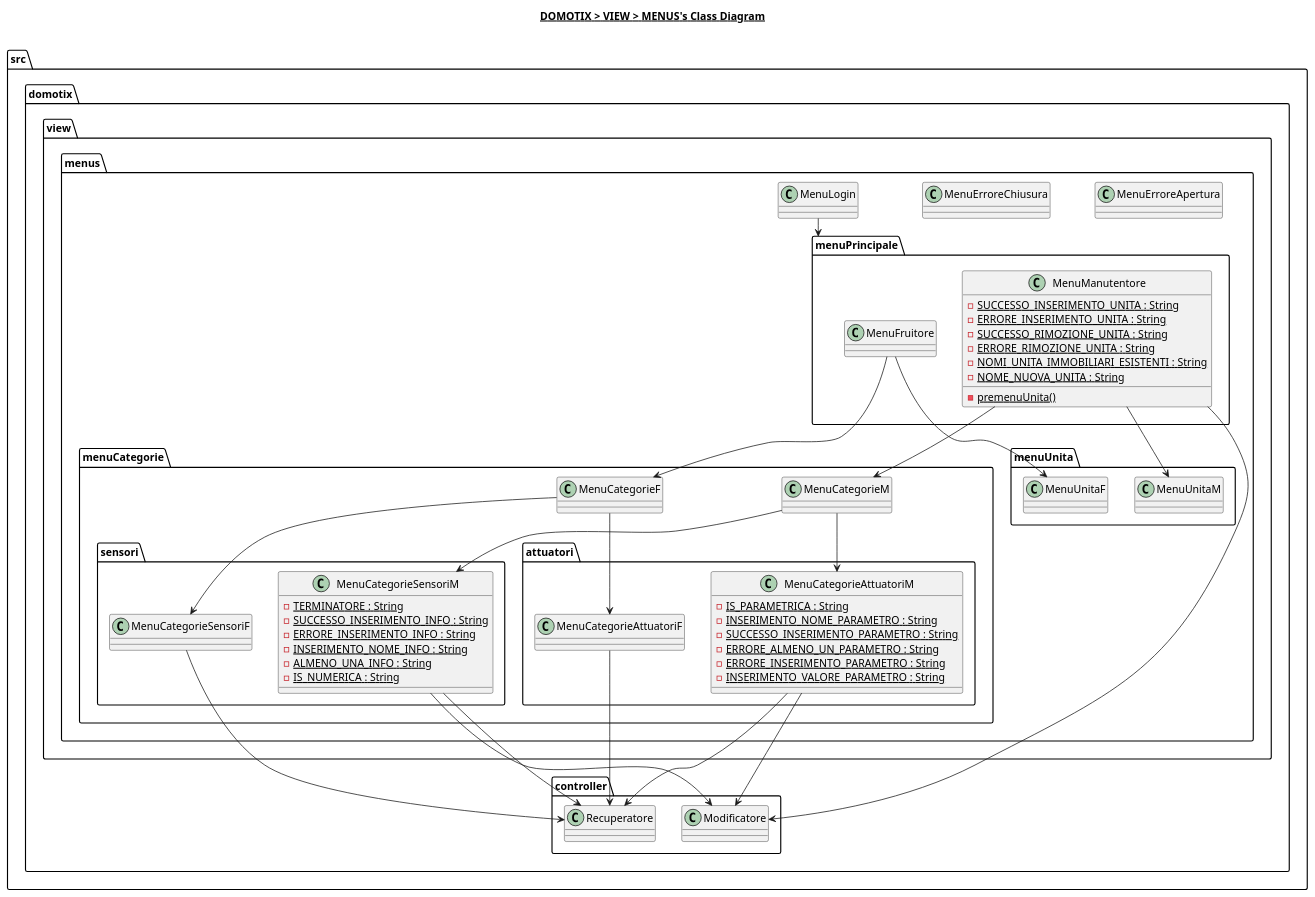
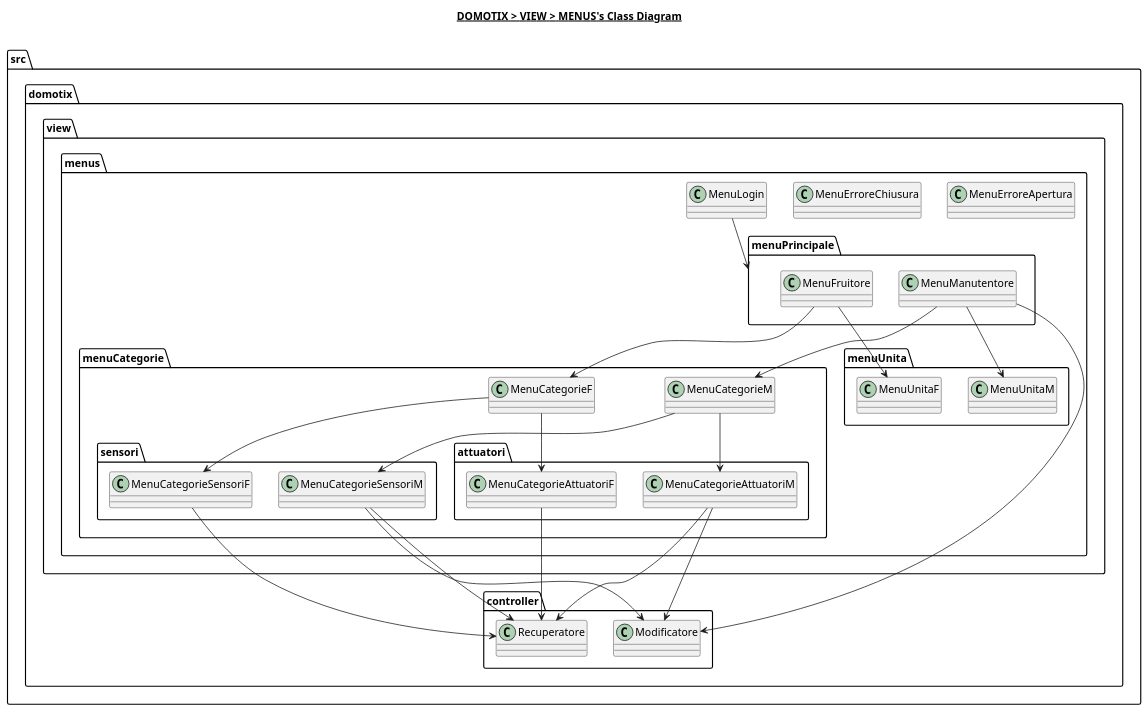
One commit to Edoar-do/Domotix changed the diagram in src/domotix/view/menus/menus.plantuml. Above: the diagram before and after it, drawn with PlantUML. The commit also changed 30 other files, not shown here.

```diff
--- a/src/domotix/view/menus/menus.plantuml
+++ b/src/domotix/view/menus/menus.plantuml
@@ -1,88 +1,69 @@
 @startuml
 
 title __DOMOTIX > VIEW > MENUS's Class Diagram__\n
 
 namespace src.domotix.view.menus {
     class src.domotix.view.menus.MenuErroreApertura {
     }
 
     class src.domotix.view.menus.MenuErroreChiusura {
     }
 
     class src.domotix.view.menus.MenuLogin {
     }
 
     namespace menuPrincipale {
         class src.domotix.view.menus.menuPrincipale.MenuFruitore {
         }
 
         class src.domotix.view.menus.menuPrincipale.MenuManutentore {
-            {static} - SUCCESSO_INSERIMENTO_UNITA : String
-            {static} - ERRORE_INSERIMENTO_UNITA : String
-            {static} - SUCCESSO_RIMOZIONE_UNITA : String
-            {static} - ERRORE_RIMOZIONE_UNITA : String
-            {static} - NOMI_UNITA_IMMOBILIARI_ESISTENTI : String
-            {static} - NOME_NUOVA_UNITA : String
-            {static} - premenuUnita()
         }
     }
 
     namespace menuCategorie {
         class src.domotix.view.menus.menuCategorie.MenuCategorieF {
         }
 
         class src.domotix.view.menus.menuCategorie.MenuCategorieM {
         }
 
         namespace sensori {
             class src.domotix.view.menus.menuCategorie.sensori.MenuCategorieSensoriF {
             }
 
             class src.domotix.view.menus.menuCategorie.sensori.MenuCategorieSensoriM {
-                {static} - TERMINATORE : String
-                {static} - SUCCESSO_INSERIMENTO_INFO : String
-                {static} - ERRORE_INSERIMENTO_INFO : String
-                {static} - INSERIMENTO_NOME_INFO : String
-                {static} - ALMENO_UNA_INFO : String
-                {static} - IS_NUMERICA : String
             }
         }
 
         namespace attuatori {
             class src.domotix.view.menus.menuCategorie.attuatori.MenuCategorieAttuatoriF {
             }
 
             class src.domotix.view.menus.menuCategorie.attuatori.MenuCategorieAttuatoriM {
-                {static} - IS_PARAMETRICA : String
-                {static} - INSERIMENTO_NOME_PARAMETRO : String
-                {static} - SUCCESSO_INSERIMENTO_PARAMETRO : String
-                {static} - ERRORE_ALMENO_UN_PARAMETRO : String
-                {static} - ERRORE_INSERIMENTO_PARAMETRO : String
-                {static} - INSERIMENTO_VALORE_PARAMETRO : String
             }
         }
     }
 
     namespace menuUnita {
     }
 }
 
 src.domotix.view.menus.MenuLogin --> src.domotix.view.menus.menuPrincipale
 src.domotix.view.menus.menuPrincipale.MenuManutentore --> src.domotix.view.menus.menuUnita.MenuUnitaM
 src.domotix.view.menus.menuPrincipale.MenuFruitore --> src.domotix.view.menus.menuUnita.MenuUnitaF
 src.domotix.view.menus.menuPrincipale.MenuManutentore --> src.domotix.view.menus.menuCategorie.MenuCategorieM
 src.domotix.view.menus.menuPrincipale.MenuFruitore --> src.domotix.view.menus.menuCategorie.MenuCategorieF
 src.domotix.view.menus.menuCategorie.MenuCategorieM --> src.domotix.view.menus.menuCategorie.attuatori.MenuCategorieAttuatoriM
 src.domotix.view.menus.menuCategorie.MenuCategorieM --> src.domotix.view.menus.menuCategorie.sensori.MenuCategorieSensoriM
 src.domotix.view.menus.menuCategorie.MenuCategorieF --> src.domotix.view.menus.menuCategorie.attuatori.MenuCategorieAttuatoriF
 src.domotix.view.menus.menuCategorie.MenuCategorieF --> src.domotix.view.menus.menuCategorie.sensori.MenuCategorieSensoriF
 
 src.domotix.view.menus.menuCategorie.attuatori.MenuCategorieAttuatoriM --> src.domotix.controller.Modificatore
 src.domotix.view.menus.menuCategorie.attuatori.MenuCategorieAttuatoriM --> src.domotix.controller.Recuperatore
 src.domotix.view.menus.menuCategorie.attuatori.MenuCategorieAttuatoriF --> src.domotix.controller.Recuperatore
 src.domotix.view.menus.menuCategorie.sensori.MenuCategorieSensoriM --> src.domotix.controller.Modificatore
 src.domotix.view.menus.menuCategorie.sensori.MenuCategorieSensoriM --> src.domotix.controller.Recuperatore
 src.domotix.view.menus.menuCategorie.sensori.MenuCategorieSensoriF --> src.domotix.controller.Recuperatore
 src.domotix.view.menus.menuPrincipale.MenuManutentore --> src.domotix.controller.Modificatore
 
 @enduml
```
